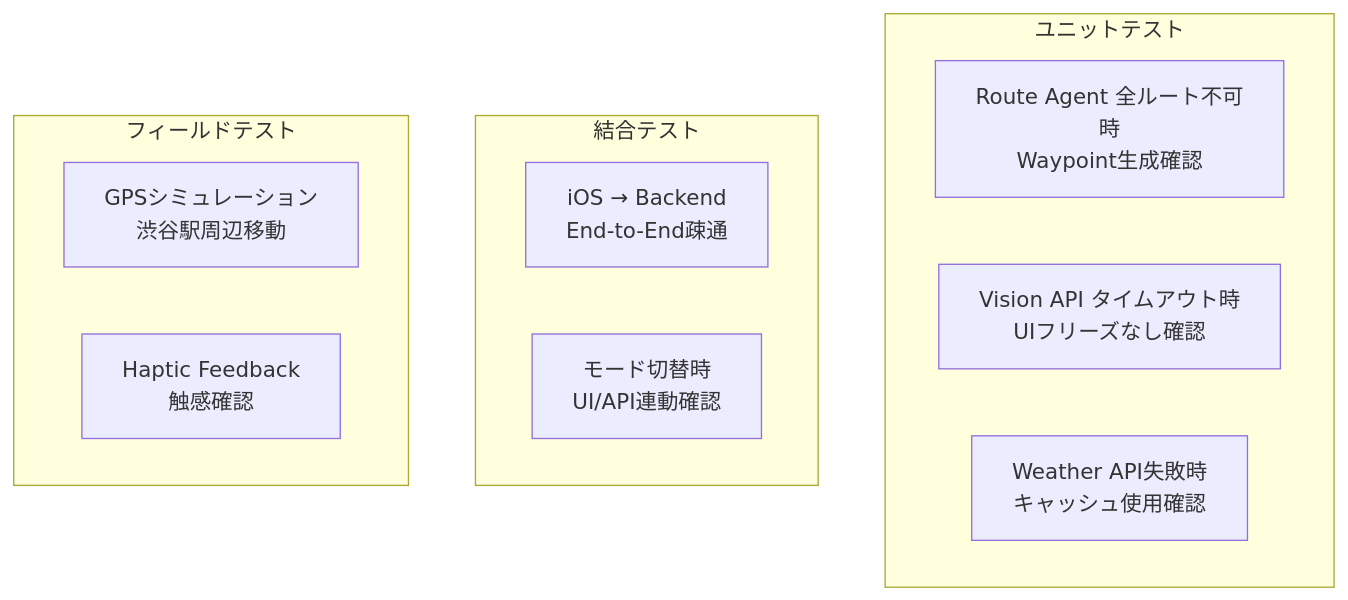
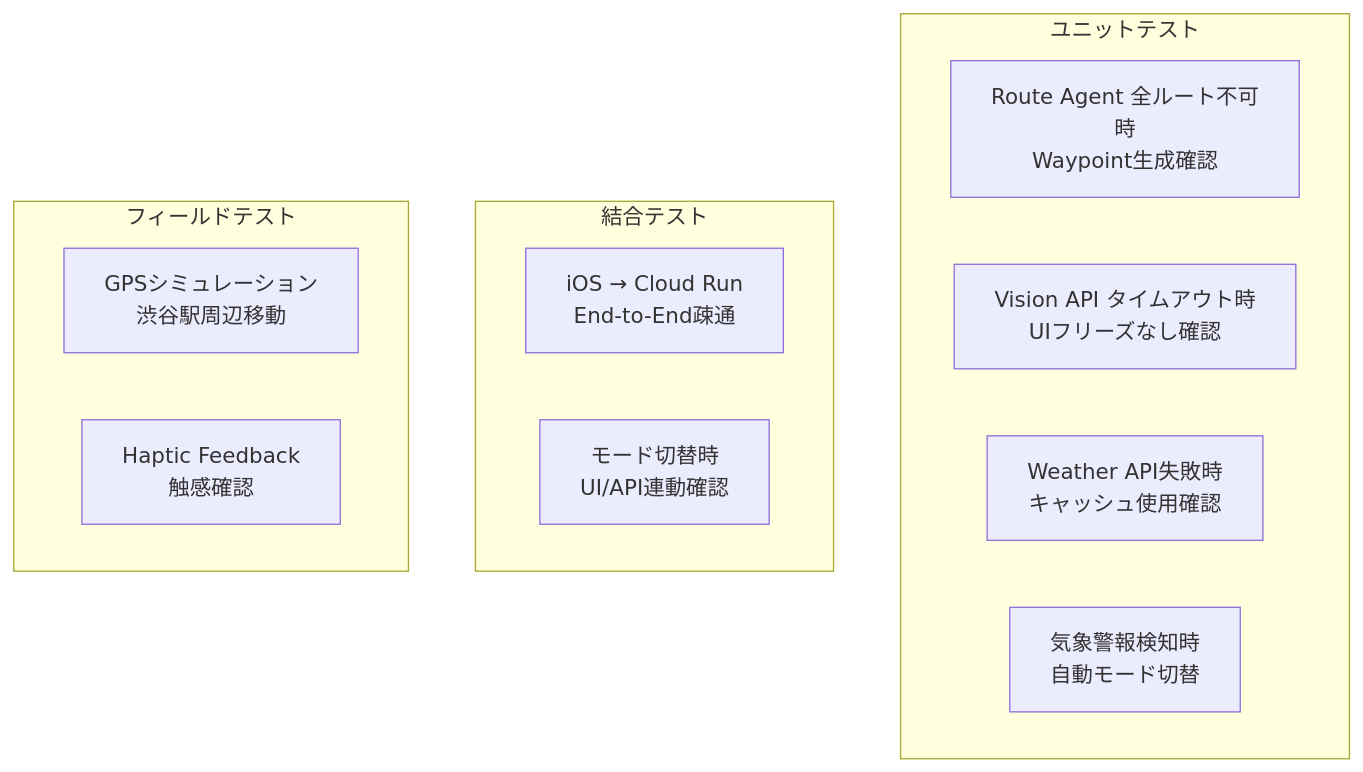
The sixth of 6 diagrams in Docs/確定/09_デモシナリオ・テスト計画書.md (Ryg-appdev/safe-routing-ai-navigation), drawn with Mermaid before and after one commit. The commit also changed other lines of this file and 6 other files, not shown here.

````diff
--- a/Docs/確定/09_デモシナリオ・テスト計画書.md
+++ b/Docs/確定/09_デモシナリオ・テスト計画書.md
@@ -100,18 +100,19 @@
 ```mermaid
 flowchart TD
-    subgraph Unit [ユニットテスト]
-        U1[Route Agent 全ルート不可時<br/>Waypoint生成確認]
-        U2[Vision API タイムアウト時<br/>UIフリーズなし確認]
-        U3[Weather API失敗時<br/>キャッシュ使用確認]
+    subgraph Unit ["ユニットテスト"]
+        U1["Route Agent 全ルート不可時<br/>Waypoint生成確認"]
+        U2["Vision API タイムアウト時<br/>UIフリーズなし確認"]
+        U3["Weather API失敗時<br/>キャッシュ使用確認"]
+        U4["気象警報検知時<br/>自動モード切替"]
     end
     
-    subgraph Integration [結合テスト]
-        I1[iOS → Backend<br/>End-to-End疎通]
-        I2[モード切替時<br/>UI/API連動確認]
+    subgraph Integration ["結合テスト"]
+        I1["iOS → Cloud Run<br/>End-to-End疎通"]
+        I2["モード切替時<br/>UI/API連動確認"]
     end
     
-    subgraph Field [フィールドテスト]
-        F1[GPSシミュレーション<br/>渋谷駅周辺移動]
-        F2[Haptic Feedback<br/>触感確認]
+    subgraph Field ["フィールドテスト"]
+        F1["GPSシミュレーション<br/>渋谷駅周辺移動"]
+        F2["Haptic Feedback<br/>触感確認"]
     end
 ```
````
